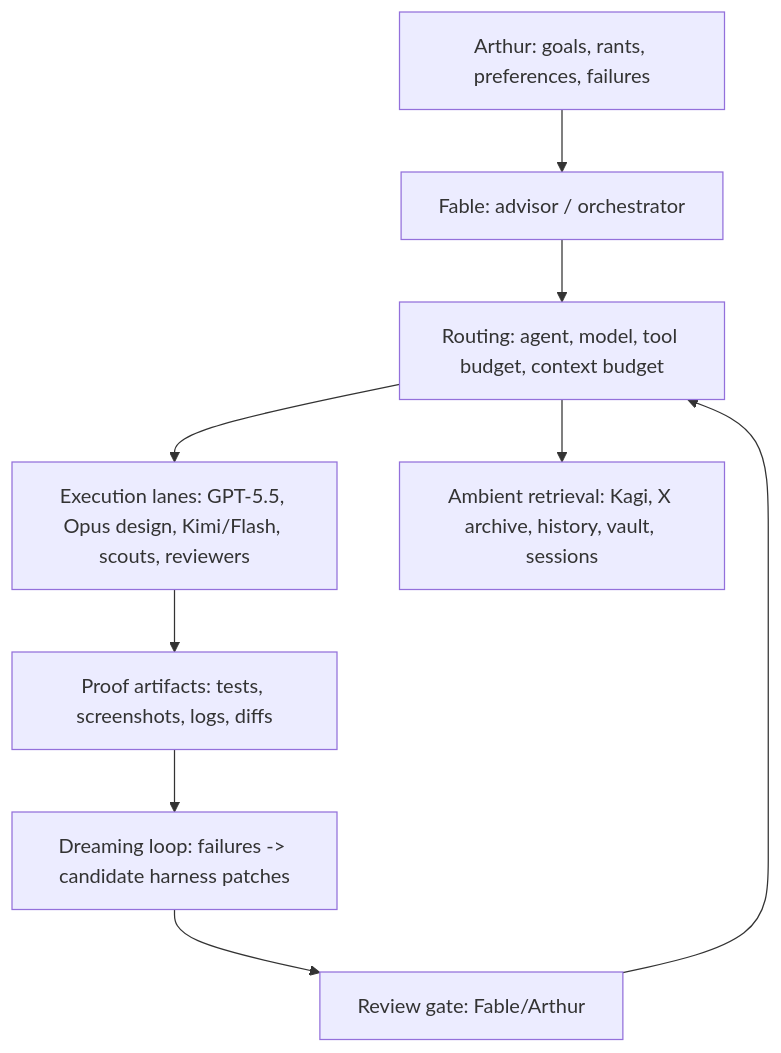
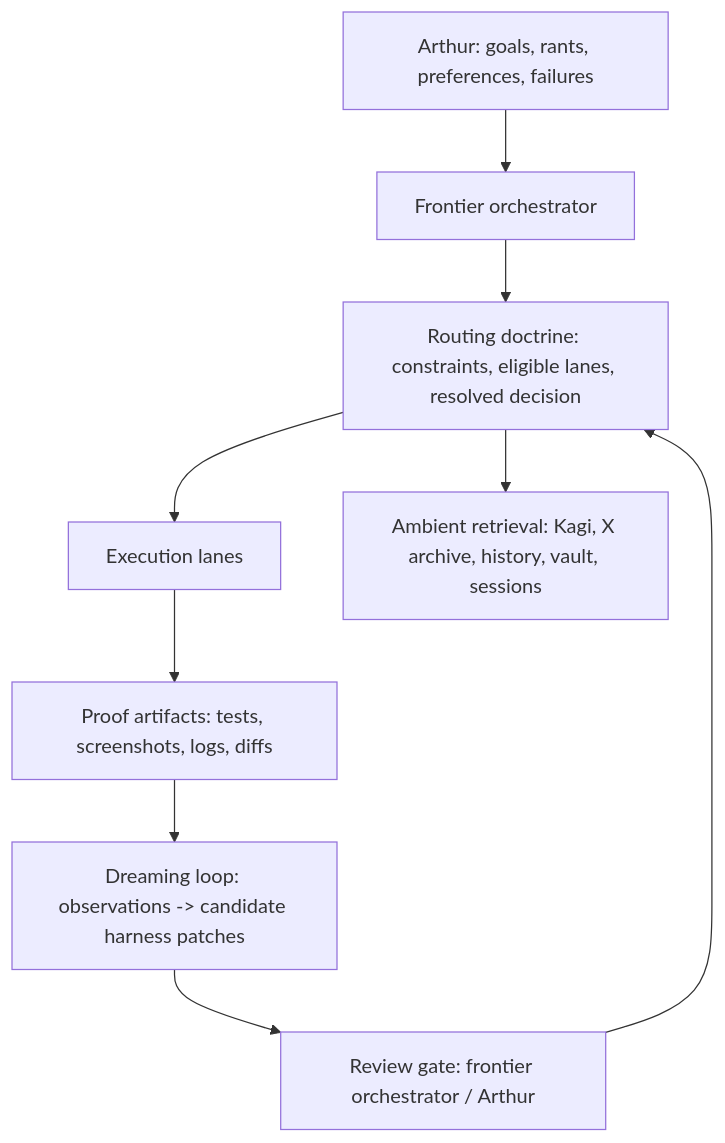
The diagram in docs/fable/harness-brief.md (Arthur-CWW/oh-my-pi), drawn with Mermaid before and after one commit. The commit also changed other lines of this file and 79 other files, not shown here.

````diff
--- a/docs/fable/harness-brief.md
+++ b/docs/fable/harness-brief.md
@@ -43,11 +42,11 @@
 ```mermaid
 flowchart TD
-  A[Arthur: goals, rants, preferences, failures] --> B[Fable: advisor / orchestrator]
-  B --> C[Routing: agent, model, tool budget, context budget]
-  C --> D[Execution lanes: GPT-5.5, Opus design, Kimi/Flash, scouts, reviewers]
+  A[Arthur: goals, rants, preferences, failures] --> B[Frontier orchestrator]
+  B --> C[Routing doctrine: constraints, eligible lanes, resolved decision]
+  C --> D[Execution lanes]
   C --> E[Ambient retrieval: Kagi, X archive, history, vault, sessions]
   D --> F[Proof artifacts: tests, screenshots, logs, diffs]
-  F --> G[Dreaming loop: failures -> candidate harness patches]
-  G --> H[Review gate: Fable/Arthur]
+  F --> G[Dreaming loop: observations -> candidate harness patches]
+  G --> H[Review gate: frontier orchestrator / Arthur]
   H --> C
 ```
````
